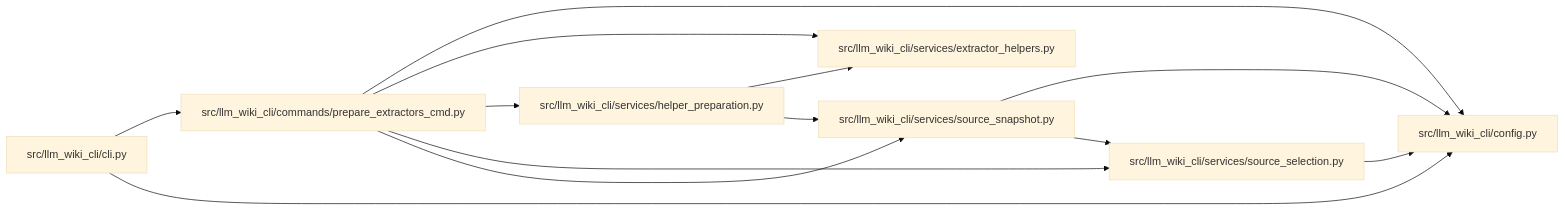
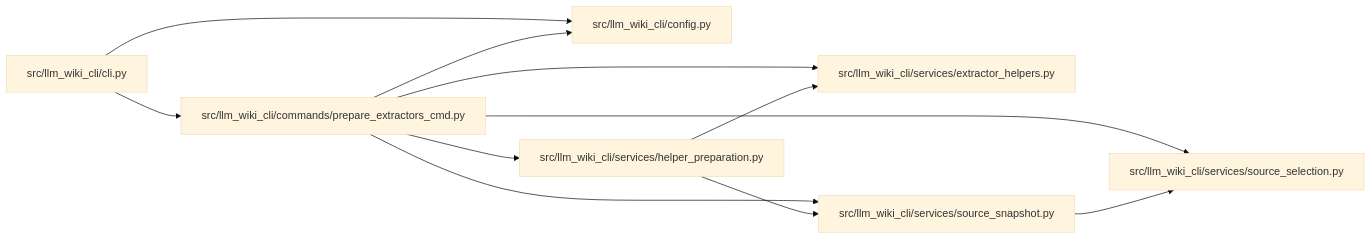
Before and after one commit to Denissvgn/python-wiki-llm: the diagram in docs/llm_wiki/modules/prepare_extractors_cmd.md, drawn with Mermaid (base theme). The commit also changed 1555 other files, not shown here.

````diff
--- a/docs/llm_wiki/modules/prepare_extractors_cmd.md
+++ b/docs/llm_wiki/modules/prepare_extractors_cmd.md
@@ -36,29 +36,27 @@
 ```mermaid
 flowchart LR
     n0["src/llm_wiki_cli/cli.py"]
     n1["src/llm_wiki_cli/commands/prepare_extractors_cmd.py"]
     n2["src/llm_wiki_cli/config.py"]
     n3["src/llm_wiki_cli/services/extractor_helpers.py"]
     n4["src/llm_wiki_cli/services/helper_preparation.py"]
     n5["src/llm_wiki_cli/services/source_selection.py"]
     n6["src/llm_wiki_cli/services/source_snapshot.py"]
     n0 --> n1
     n0 --> n2
     n1 --> n2
     n1 --> n3
     n1 --> n4
     n1 --> n5
     n1 --> n6
     n4 --> n3
     n4 --> n6
-    n5 --> n2
-    n6 --> n2
     n6 --> n5
     click n0 "../modules/cli.md"
     click n1 "../modules/prepare_extractors_cmd.md"
     click n2 "../modules/config.md"
     click n3 "../modules/extractor_helpers.md"
     click n4 "../modules/helper_preparation.md"
     click n5 "../modules/source_selection.md"
     click n6 "../modules/source_snapshot.md"
 ```
````
